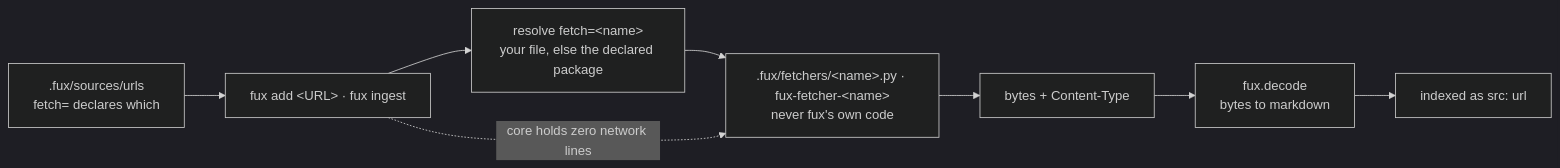
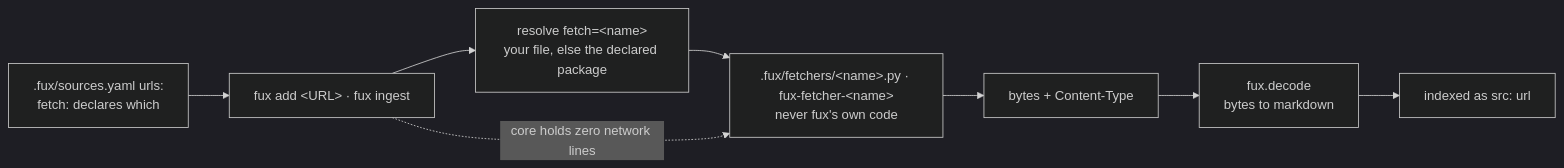
One commit to arpitarya/fux changed the diagram in records/0117_fetcher.md. Above: the diagram before and after it, drawn with Mermaid (dark theme). The commit also changed other lines of this file and 249 other files, not shown here.

First line of the commit message:
feat(w294): one .fux/sources.yaml; .fuxignore the only exclusion

````diff
--- a/records/0117_fetcher.md
+++ b/records/0117_fetcher.md
@@ -51,10 +51,10 @@
 ```mermaid
 flowchart LR
-    L[".fux/sources/urls<br/>fetch= declares which"] --> R["fux add &lt;URL&gt; · fux ingest"]
+    L[".fux/sources.yaml urls:<br/>fetch: declares which"] --> R["fux add &lt;URL&gt; · fux ingest"]
     R --> P["resolve fetch=&lt;name&gt;<br/>your file, else the declared package"]
     P --> F[".fux/fetchers/&lt;name&gt;.py · fux-fetcher-&lt;name&gt;<br/>never fux's own code"]
     F --> B["bytes + Content-Type"]
     B --> DC["fux.decode<br/>bytes to markdown"]
     DC --> I["indexed as src: url"]
     R -.->|core holds zero network lines| F
 ```
````
